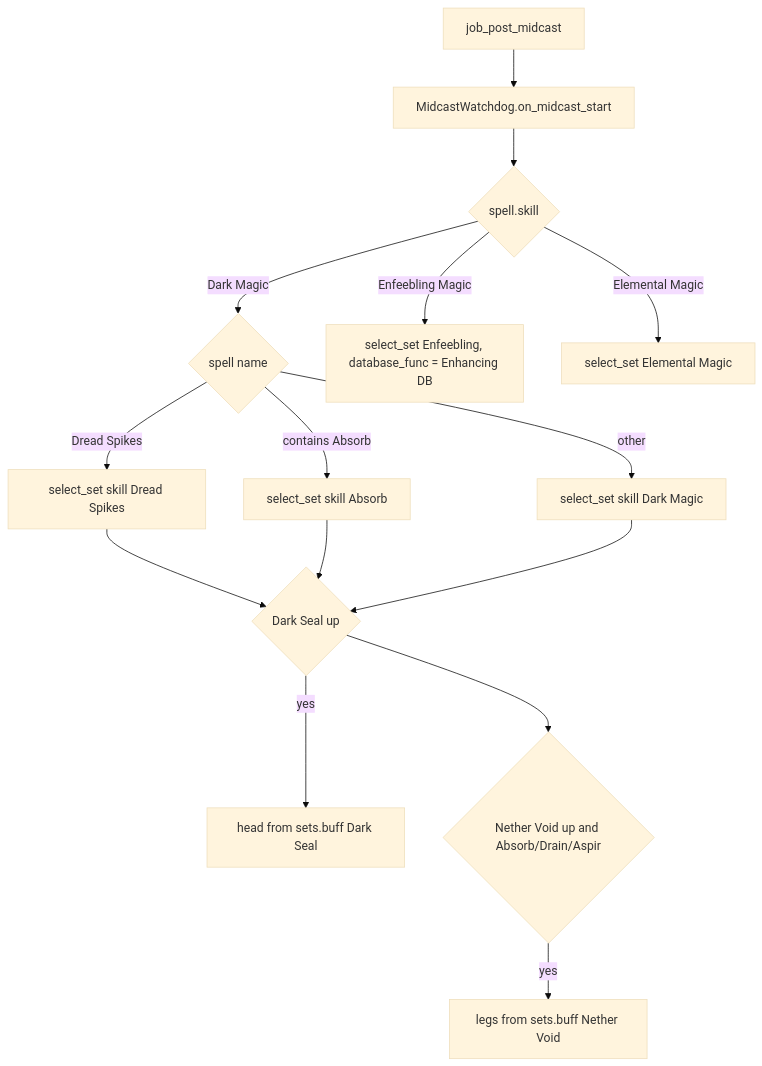
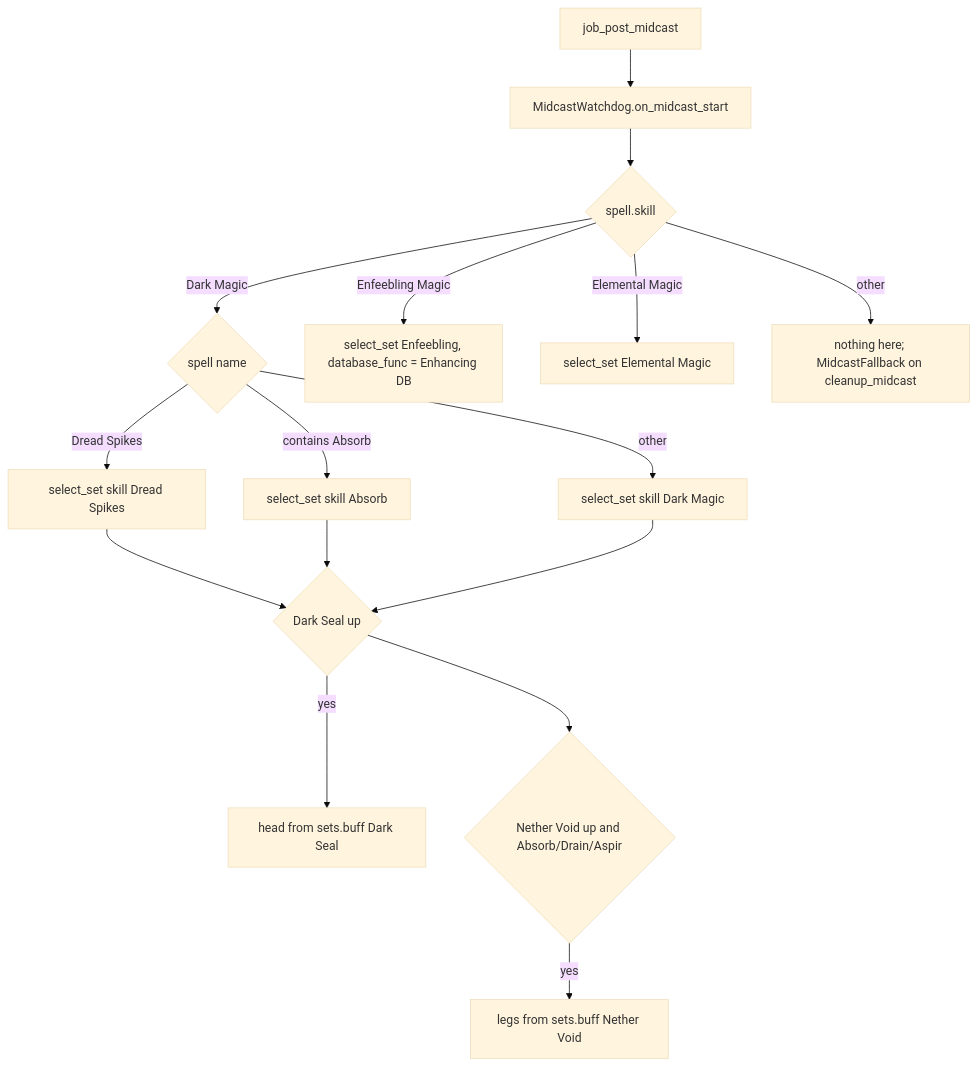
The third of 3 diagrams in docs/dev/jobs/drk.md (ejouanchicot/Gearswap), drawn with Mermaid (base theme) before and after one commit. The commit also changed other lines of this file and 9 other files, not shown here.

````diff
--- a/docs/dev/jobs/drk.md
+++ b/docs/dev/jobs/drk.md
@@ -146,17 +139,18 @@
 ```mermaid
 flowchart TD
     A[job_post_midcast] --> W[MidcastWatchdog.on_midcast_start]
     W --> B{spell.skill}
     B -- Dark Magic --> C{spell name}
     C -- Dread Spikes --> D[select_set skill Dread Spikes]
     C -- "contains Absorb" --> E[select_set skill Absorb]
     C -- other --> F[select_set skill Dark Magic]
     D --> G{Dark Seal up}
     E --> G
     F --> G
     G -- yes --> H[head from sets.buff Dark Seal]
     G --> I{Nether Void up and Absorb/Drain/Aspir}
     I -- yes --> J[legs from sets.buff Nether Void]
     B -- Enfeebling Magic --> K[select_set Enfeebling, database_func = Enhancing DB]
     B -- Elemental Magic --> L[select_set Elemental Magic]
+    B -- other --> N[nothing here; MidcastFallback on cleanup_midcast]
 ```
````
